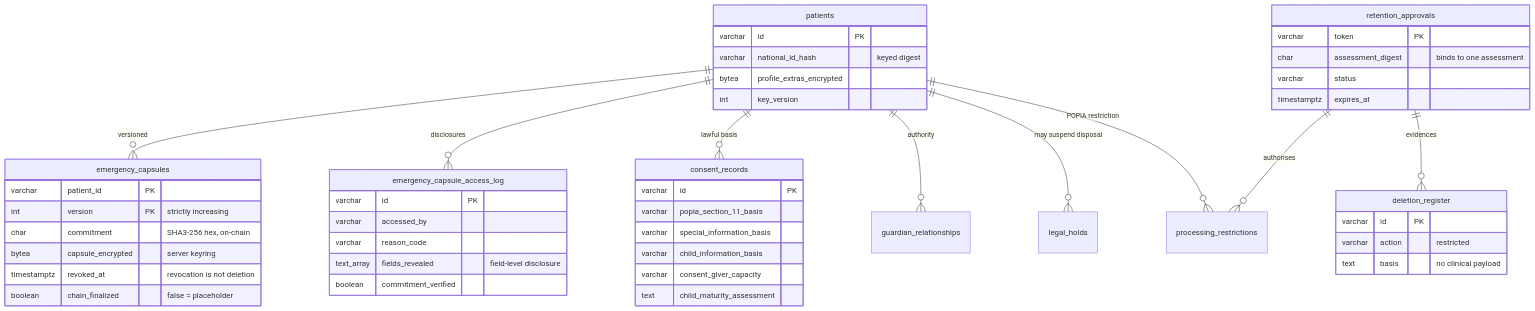
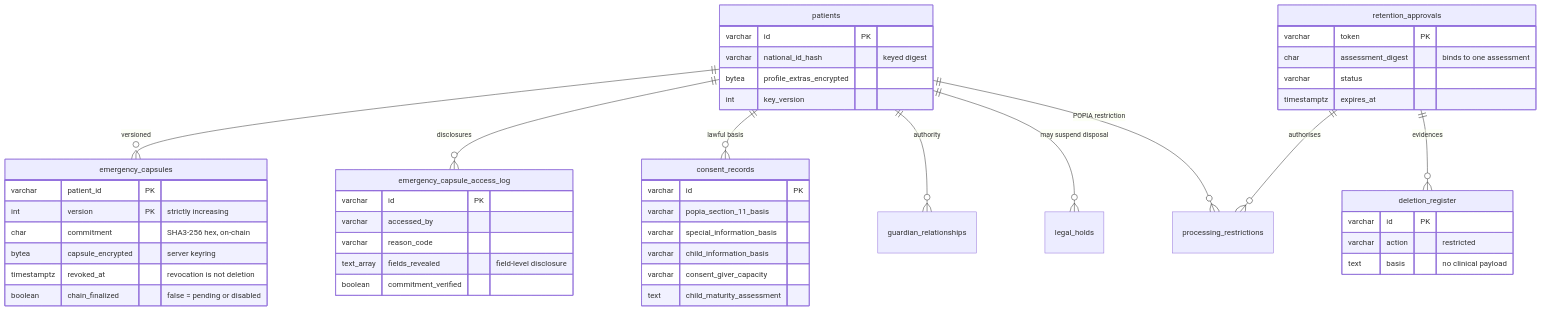
The eighth of 9 diagrams in docs/architecture.md (Lukau-Tech-Invasion/medichain), drawn with Mermaid before and after one commit. The commit also changed other lines of this file and 16 other files, not shown here.

````diff
--- a/docs/architecture.md
+++ b/docs/architecture.md
@@ -365,52 +364,52 @@
 ```mermaid
 erDiagram
     patients ||--o{ emergency_capsules : "versioned"
     patients ||--o{ emergency_capsule_access_log : "disclosures"
     patients ||--o{ consent_records : "lawful basis"
     patients ||--o{ guardian_relationships : "authority"
     patients ||--o{ legal_holds : "may suspend disposal"
     patients ||--o{ processing_restrictions : "POPIA restriction"
     retention_approvals ||--o{ processing_restrictions : "authorises"
     retention_approvals ||--o{ deletion_register : "evidences"
 
     patients {
         varchar id PK
         varchar national_id_hash "keyed digest"
         bytea profile_extras_encrypted
         int key_version
     }
     emergency_capsules {
         varchar patient_id PK
         int version PK "strictly increasing"
         char commitment "SHA3-256 hex, on-chain"
         bytea capsule_encrypted "server keyring"
         timestamptz revoked_at "revocation is not deletion"
-        boolean chain_finalized "false = placeholder"
+        boolean chain_finalized "false = pending or disabled"
     }
     emergency_capsule_access_log {
         varchar id PK
         varchar accessed_by
         varchar reason_code
         text_array fields_revealed "field-level disclosure"
         boolean commitment_verified
     }
     consent_records {
         varchar id PK
         varchar popia_section_11_basis
         varchar special_information_basis
         varchar child_information_basis
         varchar consent_giver_capacity
         text child_maturity_assessment
     }
     retention_approvals {
         varchar token PK
         char assessment_digest "binds to one assessment"
         varchar status
         timestamptz expires_at
     }
     deletion_register {
         varchar id PK
         varchar action "restricted"
         text basis "no clinical payload"
     }
 ```
````
